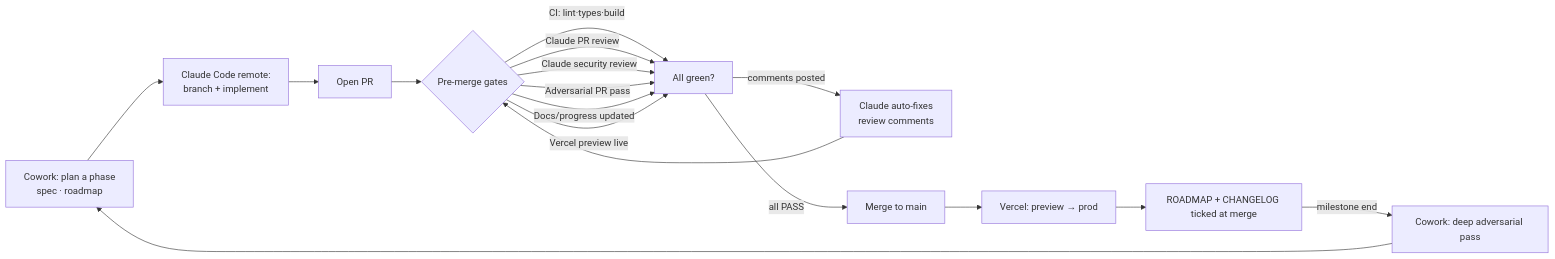
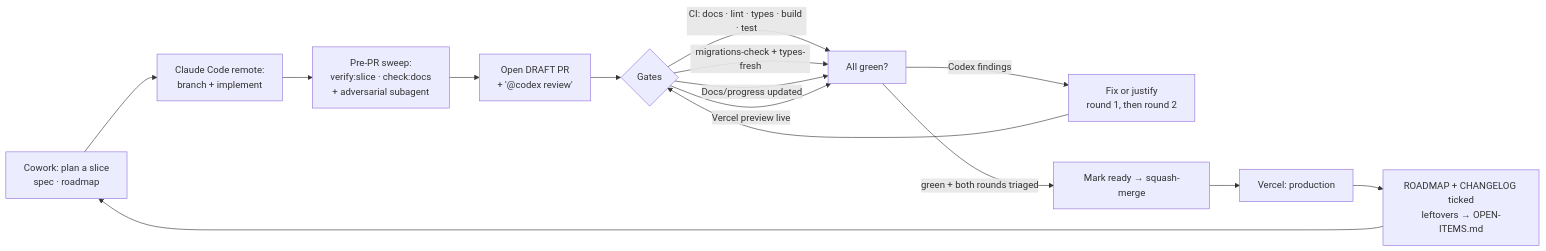
The diagram in docs/WORKFLOW.md (min-hinthar/mms-platform), drawn with Mermaid before and after one commit. The commit also changed other lines of this file and 21 other files, not shown here.

````diff
--- a/docs/WORKFLOW.md
+++ b/docs/WORKFLOW.md
@@ -7,19 +17,17 @@
 ```mermaid
 flowchart LR
-  A[Cowork: plan a phase<br/>spec · roadmap] --> B[Claude Code remote:<br/>branch + implement]
-  B --> C[Open PR]
-  C --> D{Pre-merge gates}
-  D -->|CI: lint·types·build| E
-  D -->|Claude PR review| E
-  D -->|Claude security review| E
-  D -->|Adversarial PR pass| E
+  A[Cowork: plan a slice<br/>spec · roadmap] --> B[Claude Code remote:<br/>branch + implement]
+  B --> S[Pre-PR sweep:<br/>verify:slice · check:docs<br/>+ adversarial subagent]
+  S --> C[Open DRAFT PR<br/>+ '@codex review']
+  C --> D{Gates}
+  D -->|CI: docs · lint · types · build · test| E
+  D -->|migrations-check + types-fresh| E
   D -->|Docs/progress updated| E
   D -->|Vercel preview live| E[All green?]
-  E -->|comments posted| F[Claude auto-fixes<br/>review comments]
+  E -->|Codex findings| F[Fix or justify<br/>round 1, then round 2]
   F --> D
-  E -->|all PASS| G[Merge to main]
-  G --> H[Vercel: preview → prod]
-  H --> I[ROADMAP + CHANGELOG ticked at merge]
-  I -->|milestone end| J[Cowork: deep adversarial pass]
-  J --> A
+  E -->|green + both rounds triaged| G[Mark ready → squash-merge]
+  G --> H[Vercel: production]
+  H --> I[ROADMAP + CHANGELOG ticked<br/>leftovers → OPEN-ITEMS.md]
+  I --> A
 ```
````
